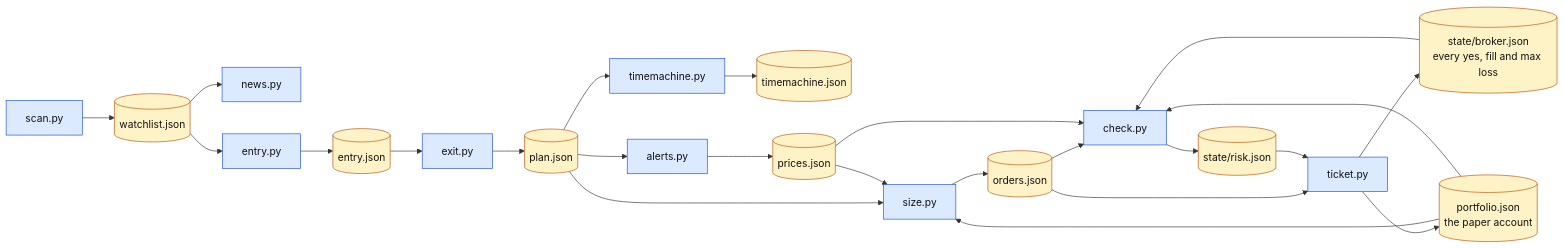
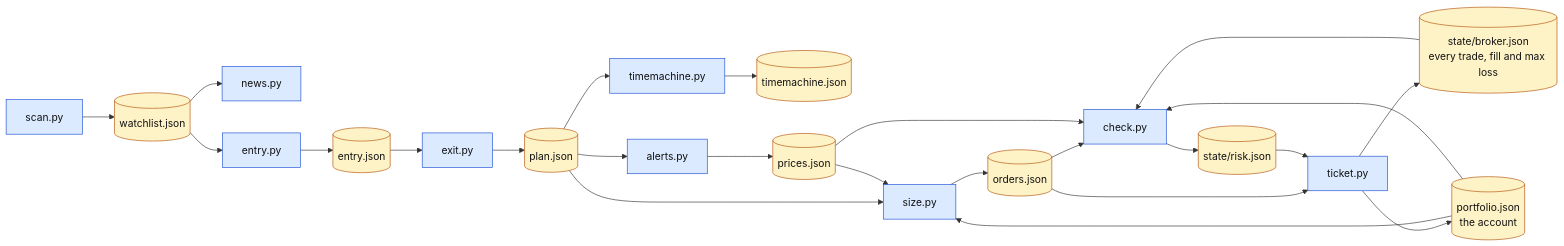
One commit to amansoni7477030/day-trader-skill-indian-market changed the fifth of 7 diagrams in README.md. Above: the diagram before and after it, drawn with Mermaid. The commit also changed other lines of this file and 26 other files, not shown here.

````diff
--- a/README.md
+++ b/README.md
@@ -179,31 +174,31 @@
 ```mermaid
 flowchart LR
     scan["scan.py"] --> watch[("watchlist.json")]
     watch --> news["news.py"]
     watch --> entry["entry.py"]
     entry --> entryf[("entry.json")]
     entryf --> exitp["exit.py"]
     exitp --> plan[("plan.json")]
     plan --> tm["timemachine.py"]
     tm --> tmf[("timemachine.json")]
     plan --> size["size.py"]
     size --> orders[("orders.json")]
     orders --> check["check.py"]
     check --> riskf[("state/risk.json")]
     orders --> ticket["ticket.py"]
     riskf --> ticket
-    ticket --> brokerf[("state/broker.json<br/>every yes, fill and max loss")]
-    ticket --> port[("portfolio.json<br/>the paper account")]
+    ticket --> brokerf[("state/broker.json<br/>every trade, fill and max loss")]
+    ticket --> port[("portfolio.json<br/>the account")]
     port --> size
     port --> check
     brokerf --> check
     plan --> alerts["alerts.py"]
     alerts --> prices[("prices.json")]
     prices --> size
     prices --> check
 
     classDef tool fill:#dbeafe,stroke:#1d4ed8,color:#111
     classDef file fill:#fef3c7,stroke:#b45309,color:#111
     class scan,news,entry,exitp,tm,size,check,ticket,alerts tool
     class watch,entryf,plan,tmf,orders,riskf,brokerf,port,prices file
 ```
````
